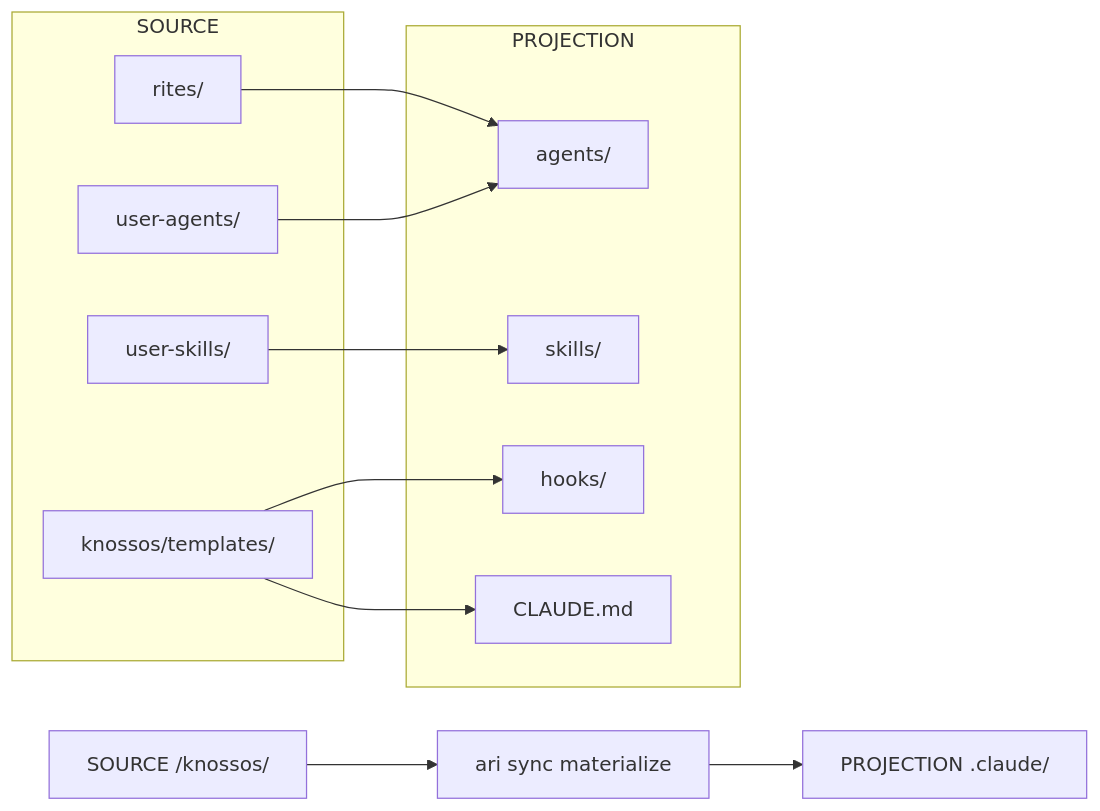
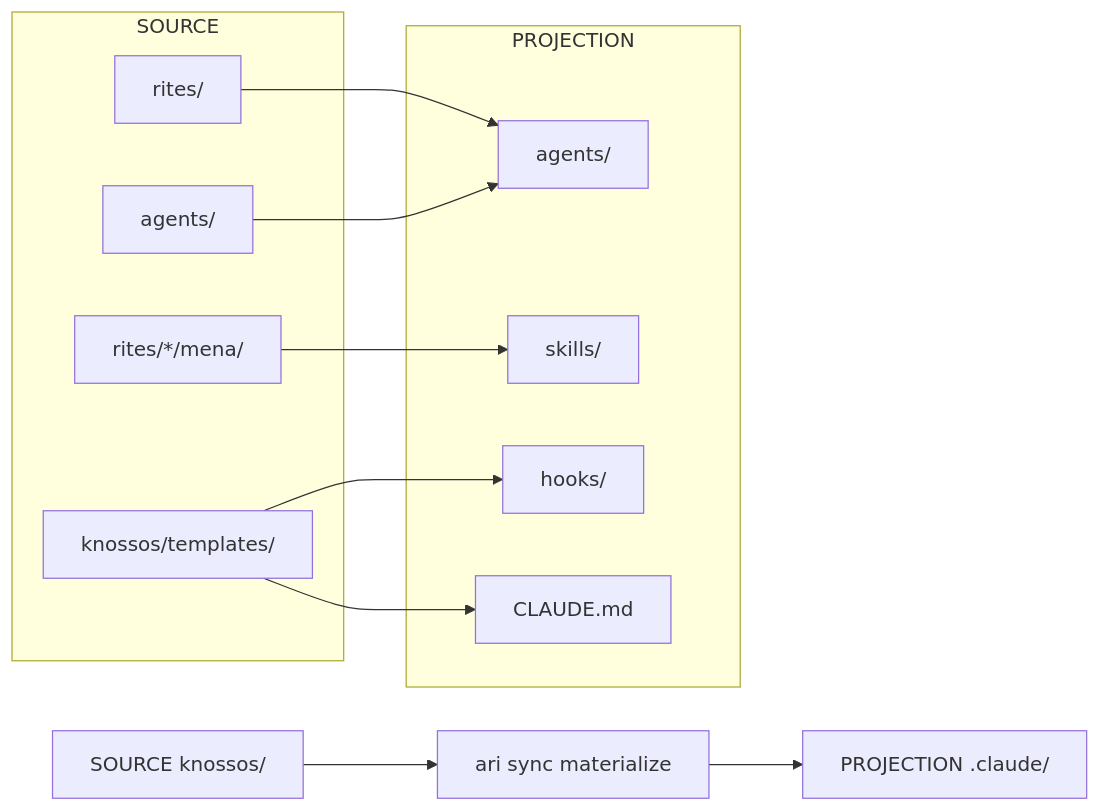
One commit to autom8y/knossos changed the diagram in docs/doctrine/operations/cli-reference/cli-sync.md. Above: the diagram before and after it, drawn with Mermaid. The commit also changed other lines of this file and 54 other files, not shown here.

````diff
--- a/docs/doctrine/operations/cli-reference/cli-sync.md
+++ b/docs/doctrine/operations/cli-reference/cli-sync.md
@@ -374,25 +378,25 @@
 ```mermaid
 flowchart LR
-    A[SOURCE /knossos/] --> B[ari sync materialize]
+    A[SOURCE knossos/] --> B[ari sync materialize]
     B --> C[PROJECTION .claude/]
 
     subgraph SOURCE
         D[rites/]
-        E[user-agents/]
-        F[user-skills/]
+        E[agents/]
+        F[rites/*/mena/]
         G[knossos/templates/]
     end
 
     subgraph PROJECTION
         H[agents/]
         I[skills/]
         J[hooks/]
         K[CLAUDE.md]
     end
 
     D --> H
     E --> H
     F --> I
     G --> J
     G --> K
 ```
````
